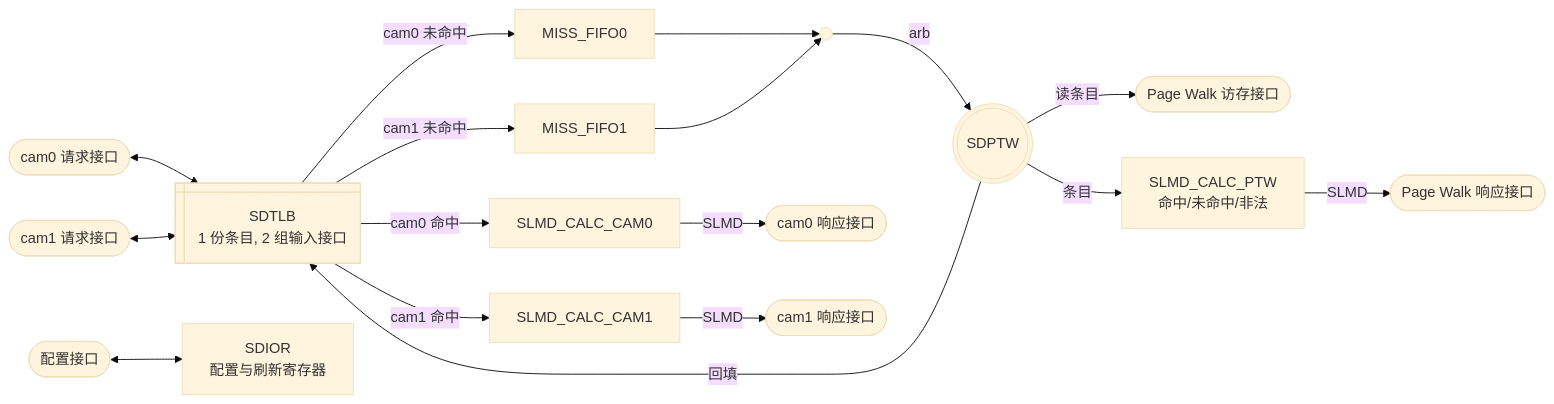
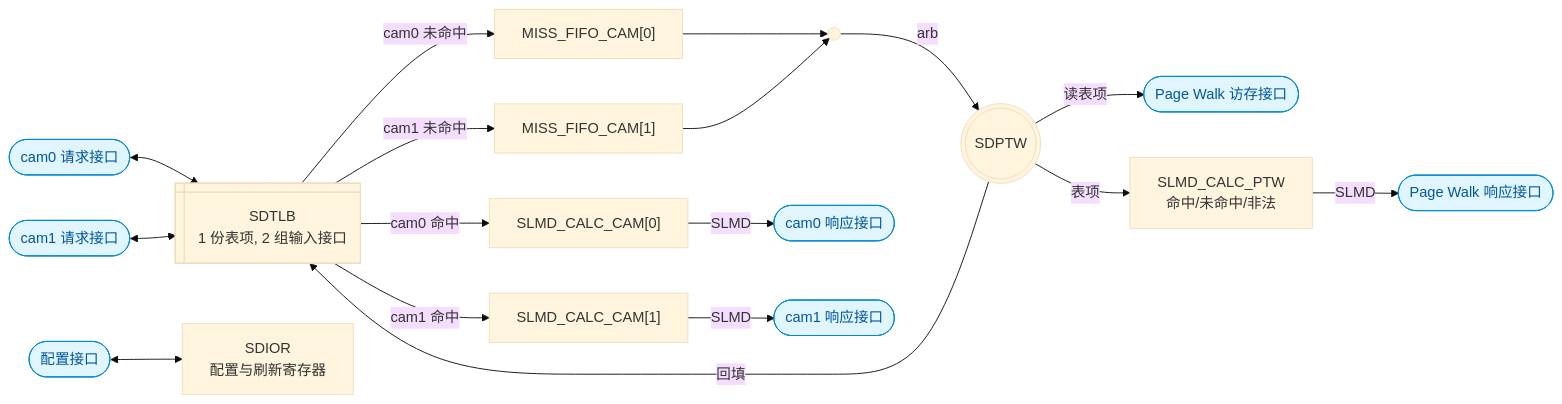
Before and after one commit to DuBirdFly/C1_SDecoder: the second of 3 diagrams in doc/design_plan/SDecoder设计方案/SDecoder 设计方案 v0.9.md, drawn with Mermaid (base theme). The commit also changed other lines of this file, not shown here.

Commit message:
docs(design): 更新 v0.9 SDecoder 接口分组、内部结构图与状态机

````diff
--- a/doc/design_plan/SDecoder设计方案/SDecoder 设计方案 v0.9.md
+++ b/doc/design_plan/SDecoder设计方案/SDecoder 设计方案 v0.9.md
@@ -92,22 +91,24 @@
 ```mermaid
 flowchart LR
-    TLB@{ shape: win-pane, label: "SDTLB<br/>1 份条目, 2 组输入接口" }
+    TLB@{ shape: win-pane, label: "SDTLB<br/>1 份表项, 2 组输入接口" }
     REQ0(["cam0 请求接口"]) <--> TLB
     REQ1(["cam1 请求接口"]) <--> TLB
-    TLB -->|"cam0 命中"| CALC0["SLMD_CALC_CAM0"]
-    TLB -->|"cam1 命中"| CALC1["SLMD_CALC_CAM1"]
-    TLB -->|"cam0 未命中"| MISS0["MISS_FIFO0"]
-    TLB -->|"cam1 未命中"| MISS1["MISS_FIFO1"]
+    TLB -->|"cam0 命中"| CALC0["SLMD_CALC_CAM[0]"]
+    TLB -->|"cam1 命中"| CALC1["SLMD_CALC_CAM[1]"]
+    TLB -->|"cam0 未命中"| MISS0["MISS_FIFO_CAM[0]"]
+    TLB -->|"cam1 未命中"| MISS1["MISS_FIFO_CAM[1]"]
     MISS0 --> ARB
     MISS1 --> ARB
     ARB@{ shape: sm-circ }
     ARB -->|"arb"| PTW
     PTW@{ shape: dbl-circ, label: "SDPTW" }
-    PTW -->|"读条目"| TW(["Page Walk 访存接口"])
+    PTW -->|"读表项"| TW(["Page Walk 访存接口"])
     PTW -->|"回填"| TLB
-    PTW -->|"条目"| CALC2["SLMD_CALC_PTW<br/>命中/未命中/非法"]
+    PTW -->|"表项"| CALC2["SLMD_CALC_PTW<br/>命中/未命中/非法"]
     CALC0 -->|"SLMD"| RSP0(["cam0 响应接口"])
     CALC1 -->|"SLMD"| RSP1(["cam1 响应接口"])
     CALC2 -->|"SLMD"| PWRSP(["Page Walk 响应接口"])
     CFG(["配置接口"]) <--> SDIOR["SDIOR<br/>配置与刷新寄存器"]
+    classDef iface fill:#e1f5fe,stroke:#0288d1,color:#01579b
+    class REQ0,REQ1,TW,RSP0,RSP1,PWRSP,CFG iface
 ```
````
